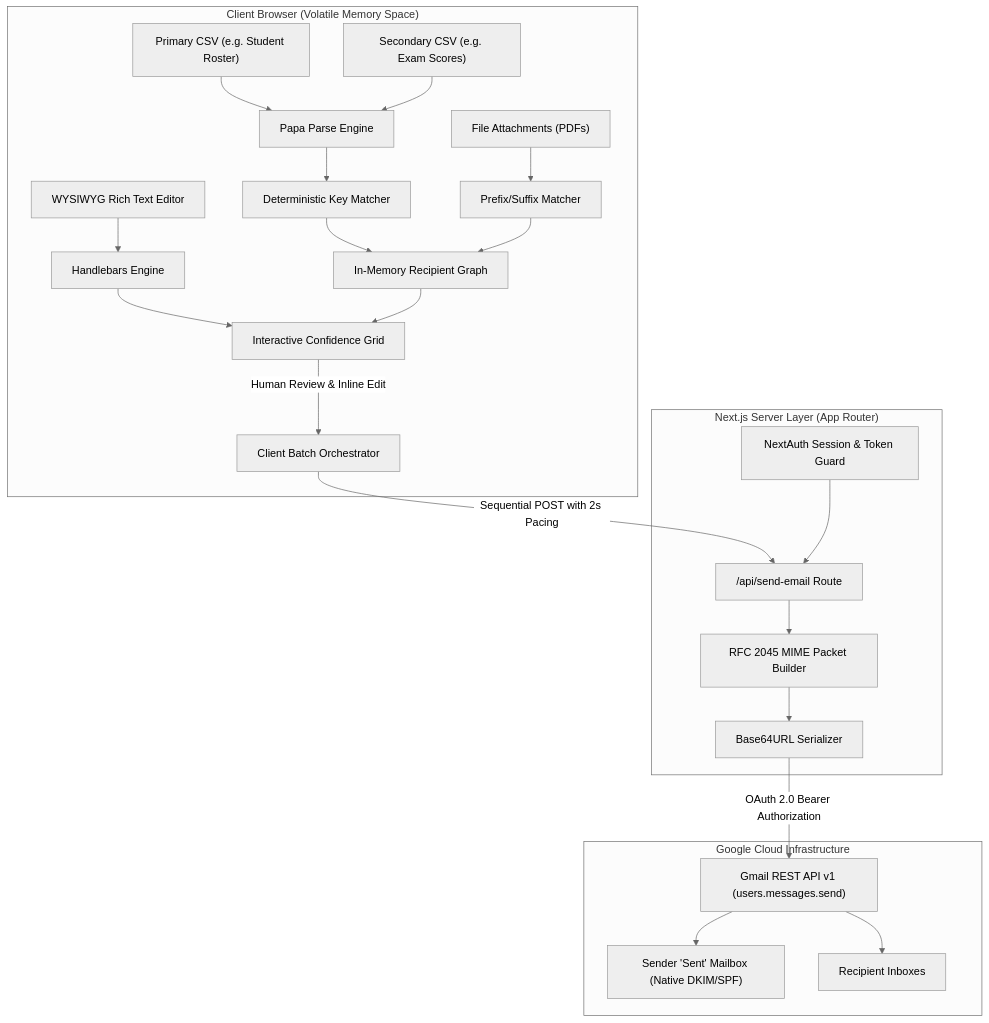
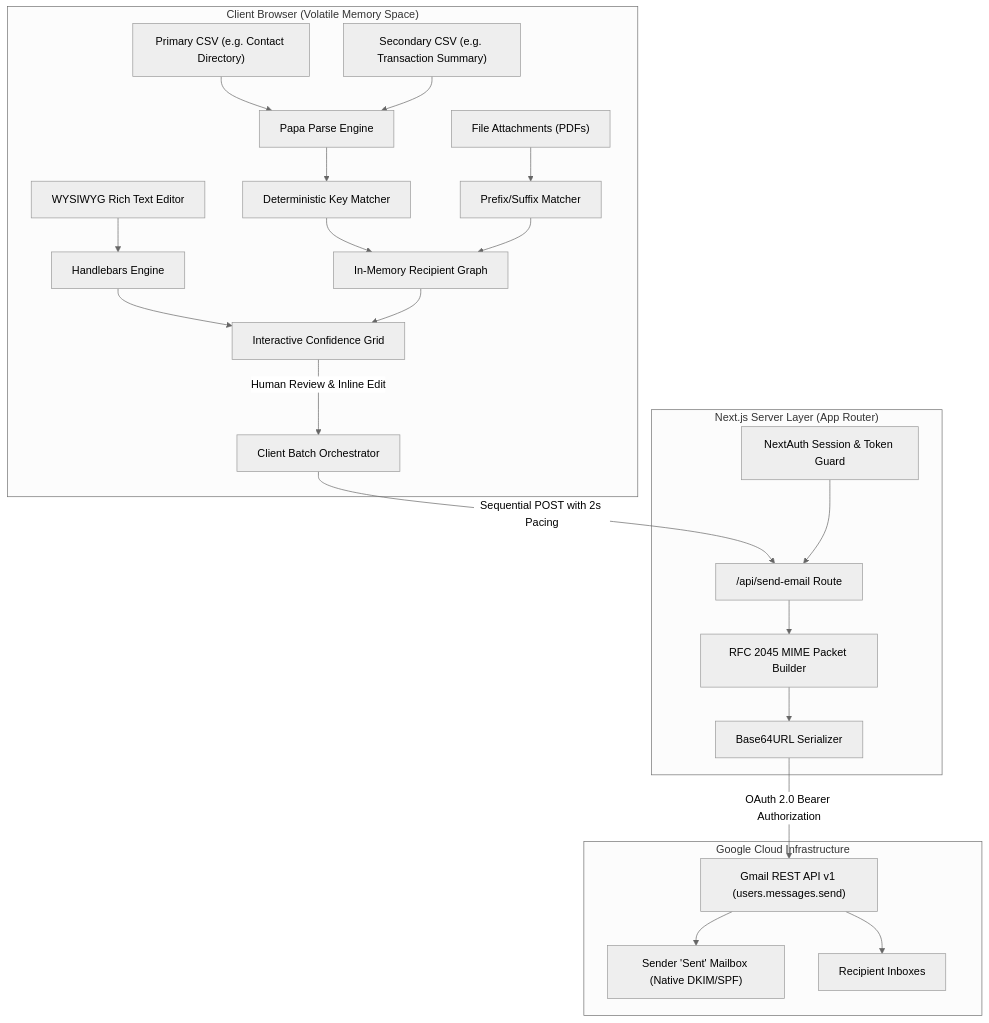
Before and after one commit to syedmahi-dev/email-automator: the first of 2 diagrams in README.md, drawn with Mermaid (neutral theme). The commit also changed other lines of this file and 5 other files, not shown here.

````diff
--- a/README.md
+++ b/README.md
@@ -110,28 +111,28 @@
 ```mermaid
 graph TD
     subgraph Client ["Client Browser (Volatile Memory Space)"]
-        CSV1["Primary CSV (e.g. Student Roster)"] --> Parser["Papa Parse Engine"]
-        CSV2["Secondary CSV (e.g. Exam Scores)"] --> Parser
+        CSV1["Primary CSV (e.g. Contact Directory)"] --> Parser["Papa Parse Engine"]
+        CSV2["Secondary CSV (e.g. Transaction Summary)"] --> Parser
         Parser --> Joiner["Deterministic Key Matcher"]
         Joiner --> Graph["In-Memory Recipient Graph"]
         Files["File Attachments (PDFs)"] --> AttMatch["Prefix/Suffix Matcher"]
         AttMatch --> Graph
         Editor["WYSIWYG Rich Text Editor"] --> Hbs["Handlebars Engine"]
         Hbs --> Grid["Interactive Confidence Grid"]
         Graph --> Grid
         Grid -->|Human Review & Inline Edit| Batch["Client Batch Orchestrator"]
     end
 
     subgraph Server ["Next.js Server Layer (App Router)"]
         Batch -->|Sequential POST with 2s Pacing| ApiRoute["/api/send-email Route"]
         AuthGuard["NextAuth Session & Token Guard"] --> ApiRoute
         ApiRoute --> Mime["RFC 2045 MIME Packet Builder"]
         Mime --> B64["Base64URL Serializer"]
     end
 
     subgraph GoogleCloud ["Google Cloud Infrastructure"]
         B64 -->|OAuth 2.0 Bearer Authorization| GmailAPI["Gmail REST API v1 (users.messages.send)"]
         GmailAPI --> SentFolder["Sender 'Sent' Mailbox (Native DKIM/SPF)"]
         GmailAPI --> Recipient["Recipient Inboxes"]
     end
 ```
````
